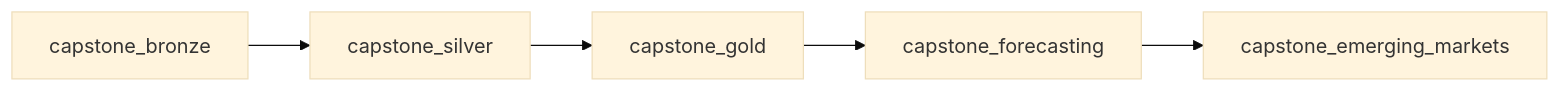
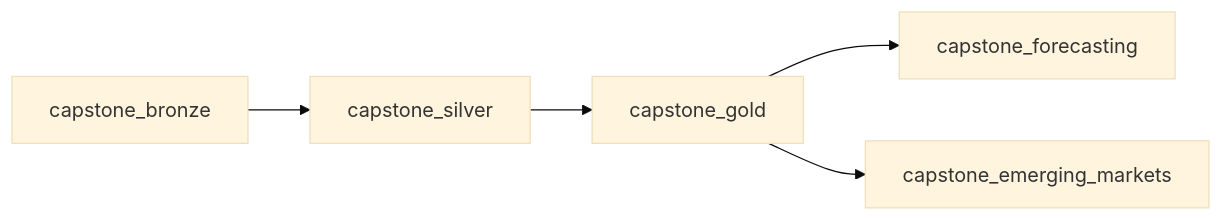
The second of 2 diagrams in capstone/README.md (Shivam-Motwani/Chubb-Assignments), drawn with Mermaid (base theme) before and after one commit. The commit also changed other lines of this file and 1 other file, not shown here.

````diff
--- a/capstone/README.md
+++ b/capstone/README.md
@@ -162,7 +162,7 @@
 ```mermaid
 graph LR
     A[capstone_bronze] --> B[capstone_silver]
     B --> C[capstone_gold]
     C --> D[capstone_forecasting]
-    D --> E[capstone_emerging_markets]
+    C --> E[capstone_emerging_markets]
 ```
````
